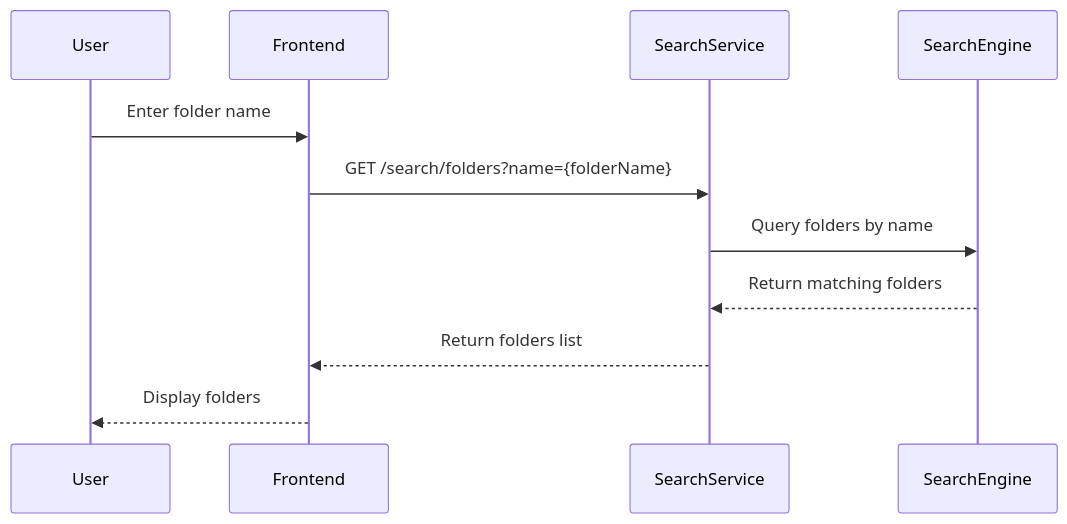
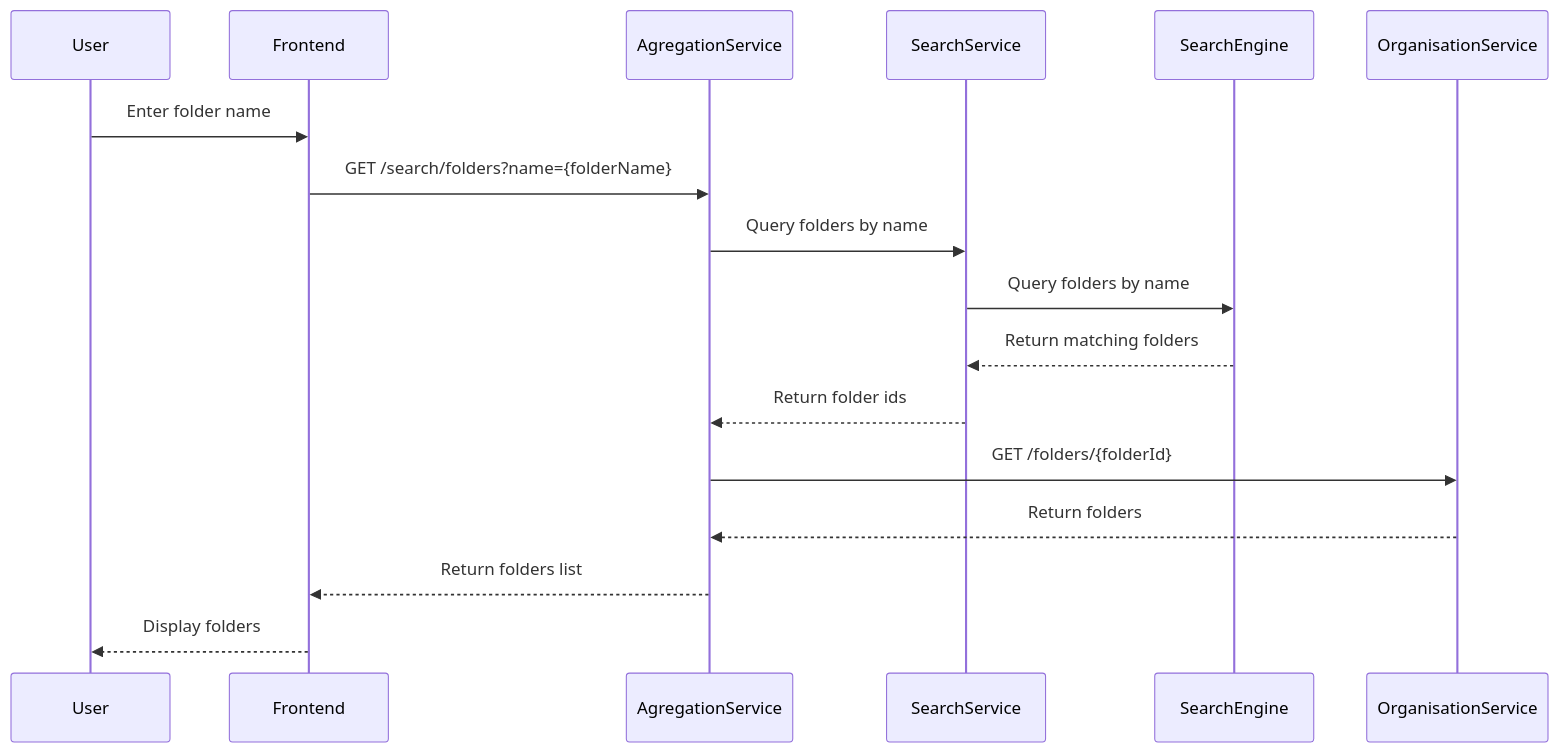
One commit to DO-2K23-26/polypass-archi-technique changed the third of 5 diagrams in src/drafts/search.adoc. Above: the diagram before and after it, drawn with Mermaid. The commit also changed other lines of this file, not shown here.

Commit message:
feat: add search api docs

```diff
--- a/src/drafts/search.adoc
+++ b/src/drafts/search.adoc
@@ -284,15 +294,21 @@
 [mermaid]
 ----
 sequenceDiagram
     participant User
     participant Frontend
+    participant AgregationService
     participant SearchService
     participant SearchEngine
+    participant OrganisationService
 
     User->>Frontend: Enter folder name
-    Frontend->>SearchService: GET /search/folders?name={folderName}
+    Frontend->>AgregationService: GET /search/folders?name={folderName}
+    AgregationService->>SearchService: Query folders by name
     SearchService->>SearchEngine: Query folders by name
     SearchEngine-->>SearchService: Return matching folders
-    SearchService-->>Frontend: Return folders list
+    SearchService-->>AgregationService: Return folder ids
+    AgregationService->>OrganisationService: GET /folders/{folderId}
+    OrganisationService-->>AgregationService: Return folders
+    AgregationService-->>Frontend: Return folders list
     Frontend-->>User: Display folders
 ----
```
